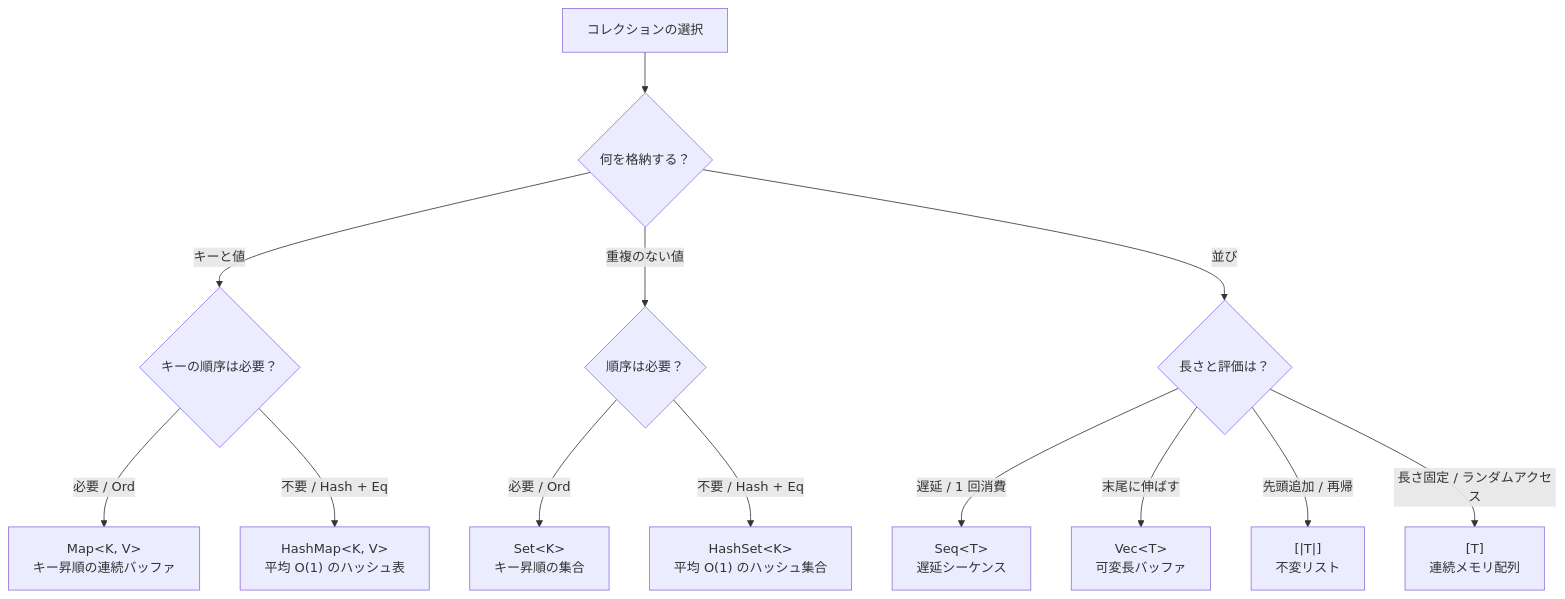
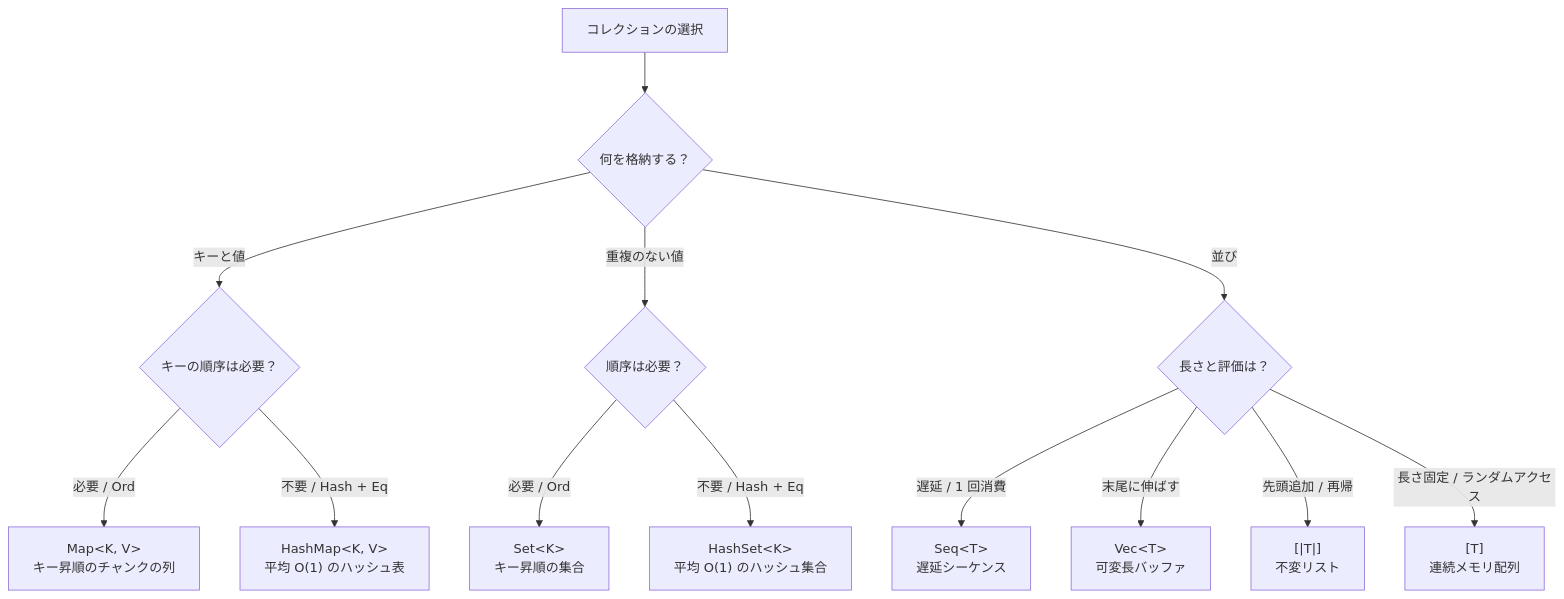
The diagram in _tsuzuri/language-reference/built-in-types-and-modules/array.md (tatsuya-midorikawa/Tsuzuri), drawn with Mermaid before and after one commit. The commit also changed other lines of this file and 20 other files, not shown here.

````diff
--- a/_tsuzuri/language-reference/built-in-types-and-modules/array.md
+++ b/_tsuzuri/language-reference/built-in-types-and-modules/array.md
@@ -24,15 +24,15 @@
 ```mermaid
 flowchart TD
     start["コレクションの選択"] --> kind{"何を格納する？"}
     kind -->|キーと値| assoc{"キーの順序は必要？"}
-    assoc -->|必要 / Ord| map["Map&lt;K, V&gt;<br/>キー昇順の連続バッファ"]
+    assoc -->|必要 / Ord| map["Map&lt;K, V&gt;<br/>キー昇順のチャンクの列"]
     assoc -->|不要 / Hash + Eq| hashmap["HashMap&lt;K, V&gt;<br/>平均 O(1) のハッシュ表"]
     kind -->|重複のない値| setkind{"順序は必要？"}
     setkind -->|必要 / Ord| set["Set&lt;K&gt;<br/>キー昇順の集合"]
     setkind -->|不要 / Hash + Eq| hashset["HashSet&lt;K&gt;<br/>平均 O(1) のハッシュ集合"]
     kind -->|並び| seqkind{"長さと評価は？"}
     seqkind -->|遅延 / 1 回消費| seq["Seq&lt;T&gt;<br/>遅延シーケンス"]
     seqkind -->|末尾に伸ばす| vec["Vec&lt;T&gt;<br/>可変長バッファ"]
     seqkind -->|先頭追加 / 再帰| list["[|T|]<br/>不変リスト"]
     seqkind -->|長さ固定 / ランダムアクセス| array["[T]<br/>連続メモリ配列"]
 ```
````
